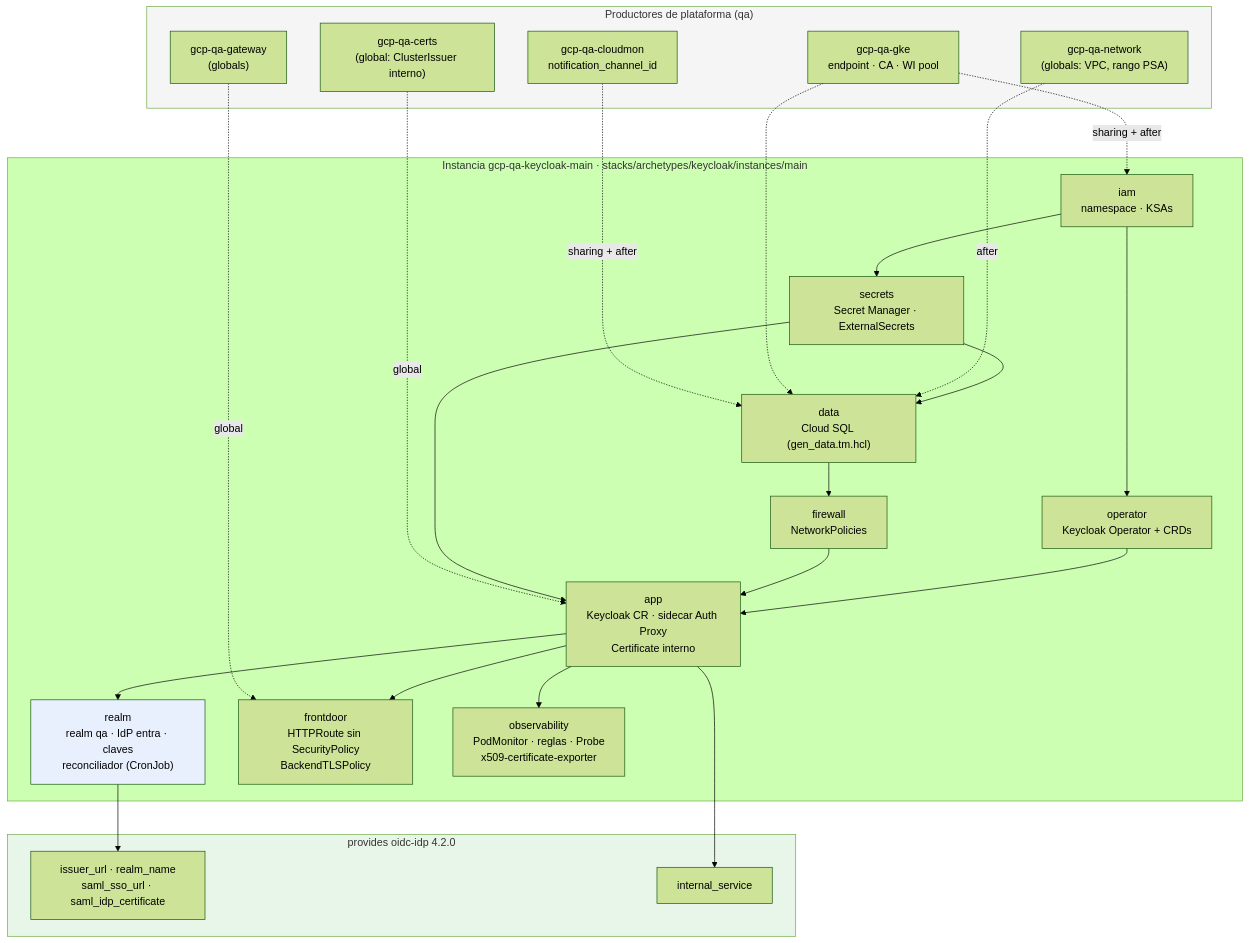
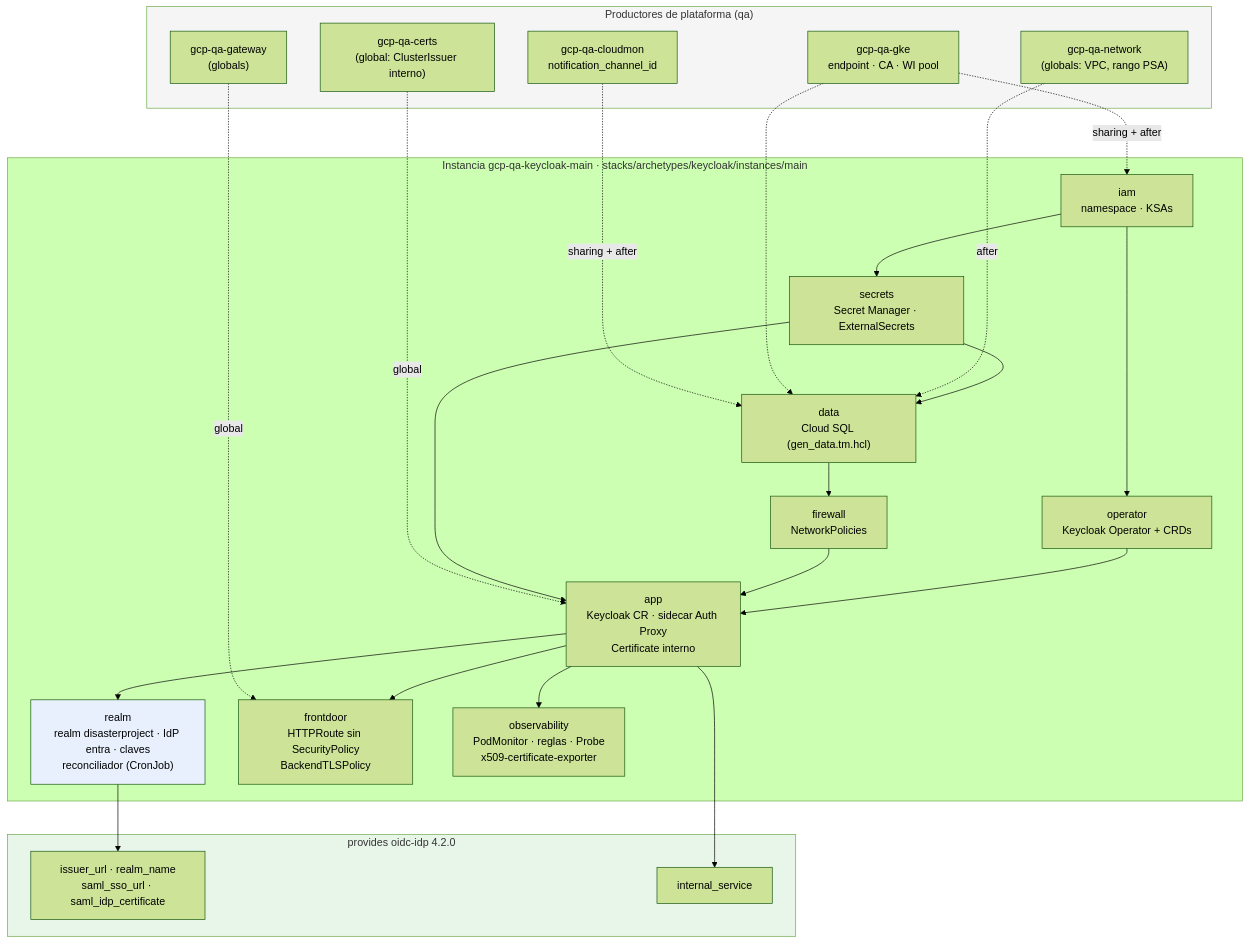
One commit to aescanero/proposal_documents changed the diagram in docs/es/proposals/keycloak-qa/diagrams/02-stacks-arquetipo.mmd. Above: the diagram before and after it, drawn with Mermaid (forest theme). The commit also changed 142 other files, not shown here.

```diff
--- a/docs/es/proposals/keycloak-qa/diagrams/02-stacks-arquetipo.mmd
+++ b/docs/es/proposals/keycloak-qa/diagrams/02-stacks-arquetipo.mmd
@@ -1,46 +1,46 @@
 flowchart TB
     subgraph PLAT["Productores de plataforma (qa)"]
         NET["gcp-qa-network<br/>(globals: VPC, rango PSA)"]
         GKE["gcp-qa-gke<br/>endpoint · CA · WI pool"]
         CMON["gcp-qa-cloudmon<br/>notification_channel_id"]
         GW["gcp-qa-gateway<br/>(globals)"]
         CRT["gcp-qa-certs<br/>(global: ClusterIssuer interno)"]
     end
 
     subgraph INST["Instancia gcp-qa-keycloak-main · stacks/archetypes/keycloak/instances/main"]
         IAM["iam<br/>namespace · KSAs"]
         SEC["secrets<br/>Secret Manager · ExternalSecrets"]
         DATA["data<br/>Cloud SQL (gen_data.tm.hcl)"]
         FW["firewall<br/>NetworkPolicies"]
         OP["operator<br/>Keycloak Operator + CRDs"]
         APP["app<br/>Keycloak CR · sidecar Auth Proxy<br/>Certificate interno"]
-        RLM["realm<br/>realm qa · IdP entra · claves<br/>reconciliador (CronJob)"]
+        RLM["realm<br/>realm disasterproject · IdP entra · claves<br/>reconciliador (CronJob)"]
         FD["frontdoor<br/>HTTPRoute sin SecurityPolicy<br/>BackendTLSPolicy"]
         OBS["observability<br/>PodMonitor · reglas · Probe<br/>x509-certificate-exporter"]
     end
 
     subgraph OUT["provides oidc-idp 4.2.0"]
         O1["issuer_url · realm_name<br/>saml_sso_url · saml_idp_certificate"]
         O2["internal_service"]
     end
 
     IAM --> SEC --> DATA --> FW
     IAM --> OP --> APP
     FW --> APP
     SEC --> APP
     APP --> RLM
     APP --> FD
     APP --> OBS
     RLM --> O1
     APP --> O2
 
     NET -. "after" .-> DATA
     GKE -. "sharing + after" .-> IAM
     GKE -.-> DATA
     CMON -. "sharing + after" .-> DATA
     GW -. "global" .-> FD
     CRT -. "global" .-> APP
 
     style RLM fill:#e8f0fe
     style OUT fill:#e8f5e9
     style PLAT fill:#f5f5f5
```
